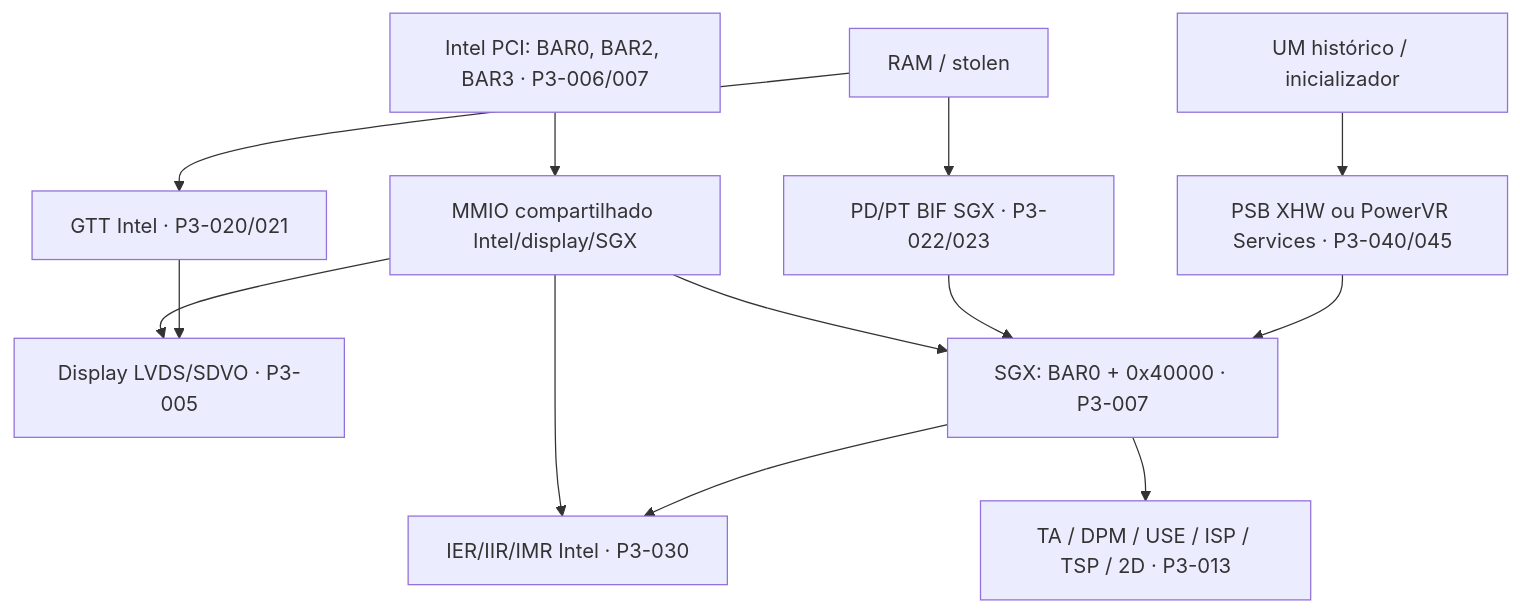
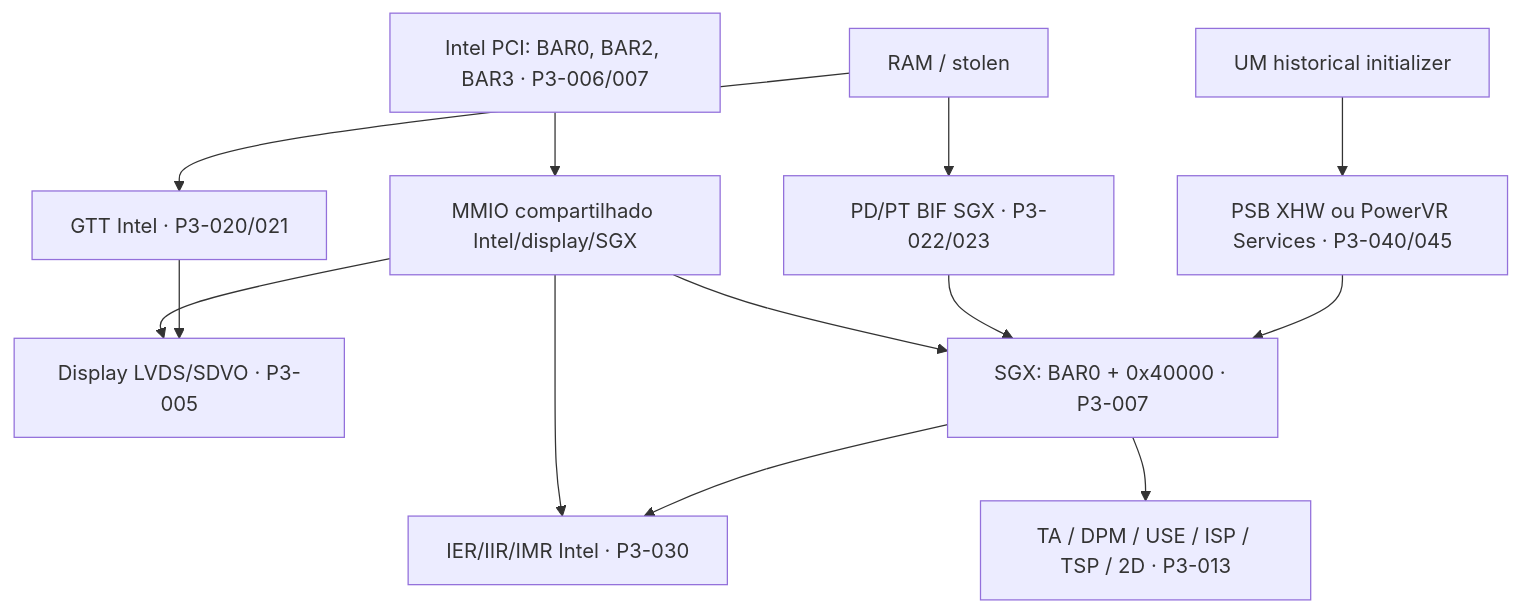
One commit to gabrieelgama/SGX535-reMESA changed the diagram in docs/poulsbo-architecture.md. Above: the diagram before and after it, drawn with Mermaid. The commit also changed other lines of this file and 187 other files, not shown here.

````diff
--- a/docs/poulsbo-architecture.md
+++ b/docs/poulsbo-architecture.md
@@ -17,15 +17,15 @@
 ```mermaid
 flowchart TD
  PCI["Intel PCI: BAR0, BAR2, BAR3 · P3-006/007"] --> MMIO["MMIO compartilhado Intel/display/SGX"]
  MMIO --> DISP["Display LVDS/SDVO · P3-005"]
  MMIO --> IRQ["IER/IIR/IMR Intel · P3-030"]
  MMIO --> SGX["SGX: BAR0 + 0x40000 · P3-007"]
  RAM["RAM / stolen"] --> GTT["GTT Intel · P3-020/021"]
  RAM --> BIF["PD/PT BIF SGX · P3-022/023"]
  GTT --> DISP
  BIF --> SGX
- U["UM histórico / inicializador"] --> ABI["PSB XHW ou PowerVR Services · P3-040/045"]
+ U["UM historical initializer"] --> ABI["PSB XHW ou PowerVR Services · P3-040/045"]
  ABI --> SGX
  SGX --> CORE["TA / DPM / USE / ISP / TSP / 2D · P3-013"]
  SGX --> IRQ
 ```
````
